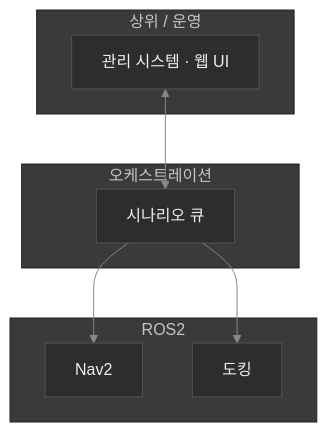
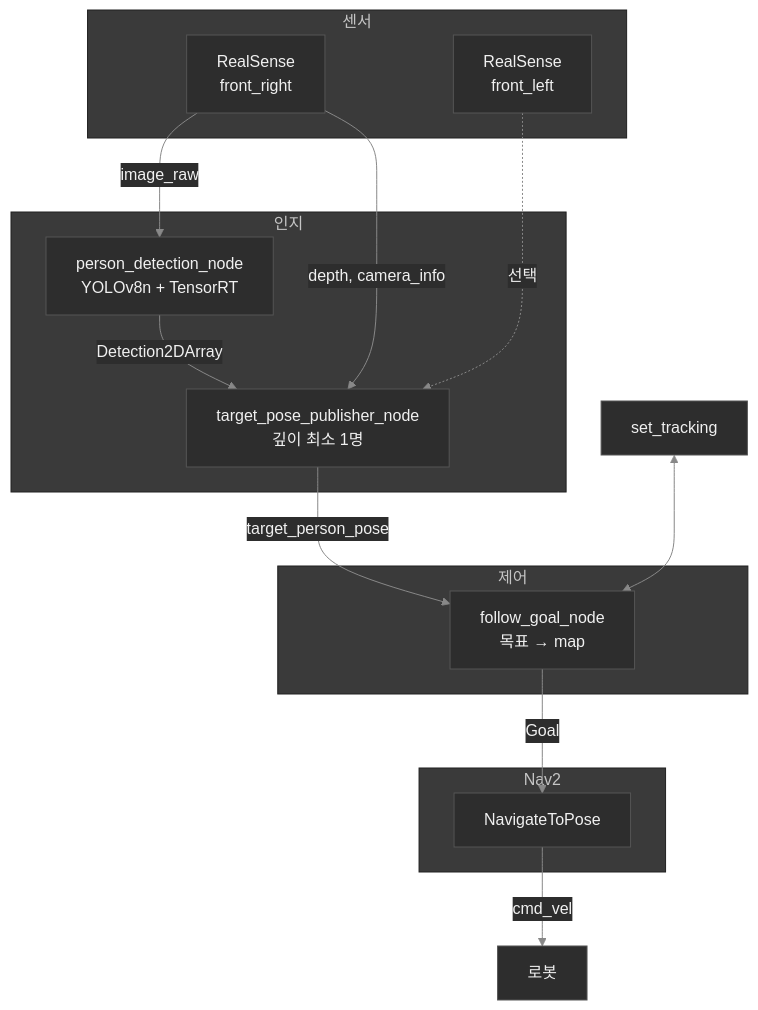
Before and after one commit to DDUGGOGI/DDUGGOGI: the seventh of 10 diagrams in 05_AMR_RDS.md, drawn with Mermaid. The commit also changed other lines of this file and 1 other file, not shown here.

First line of the commit message:
docs(05): AMR RDS summary - Sim digital engineering, work structure, ecosystem goal

````diff
--- a/05_AMR_RDS.md
+++ b/05_AMR_RDS.md
@@ -129,17 +257,26 @@
 ```mermaid
 %%{init: {'theme':'base', 'themeVariables': { 'primaryColor':'#2d2d2d', 'primaryTextColor':'#f0f0f0', 'primaryBorderColor':'#555', 'lineColor':'#888' }}}%%
 flowchart TB
-    subgraph Upper["상위 / 운영"]
-        RMS[관리 시스템 · 웹 UI]
+    subgraph sensors["센서"]
+        RS_R[RealSense\nfront_right]
+        RS_L[RealSense\nfront_left]
     end
-    subgraph Orch["오케스트레이션"]
-        Q[시나리오 큐]
+    subgraph perception["인지"]
+        PD[person_detection_node\nYOLOv8n + TensorRT]
+        TPP[target_pose_publisher_node\n깊이 최소 1명]
     end
-    subgraph ROS2["ROS2"]
-        Nav[Nav2]
-        Dock[도킹]
+    subgraph control["제어"]
+        FG[follow_goal_node\n목표 → map]
     end
-    RMS <--> Q
-    Q --> Nav
-    Q --> Dock
+    subgraph nav["Nav2"]
+        BT[NavigateToPose]
+    end
+    RS_R -->|image_raw| PD
+    RS_R -->|depth, camera_info| TPP
+    RS_L -.->|선택| TPP
+    PD -->|Detection2DArray| TPP
+    TPP -->|target_person_pose| FG
+    FG -->|Goal| BT
+    BT -->|cmd_vel| ROBOT[로봇]
+    SVC[set_tracking] <--> FG
 ```
````
